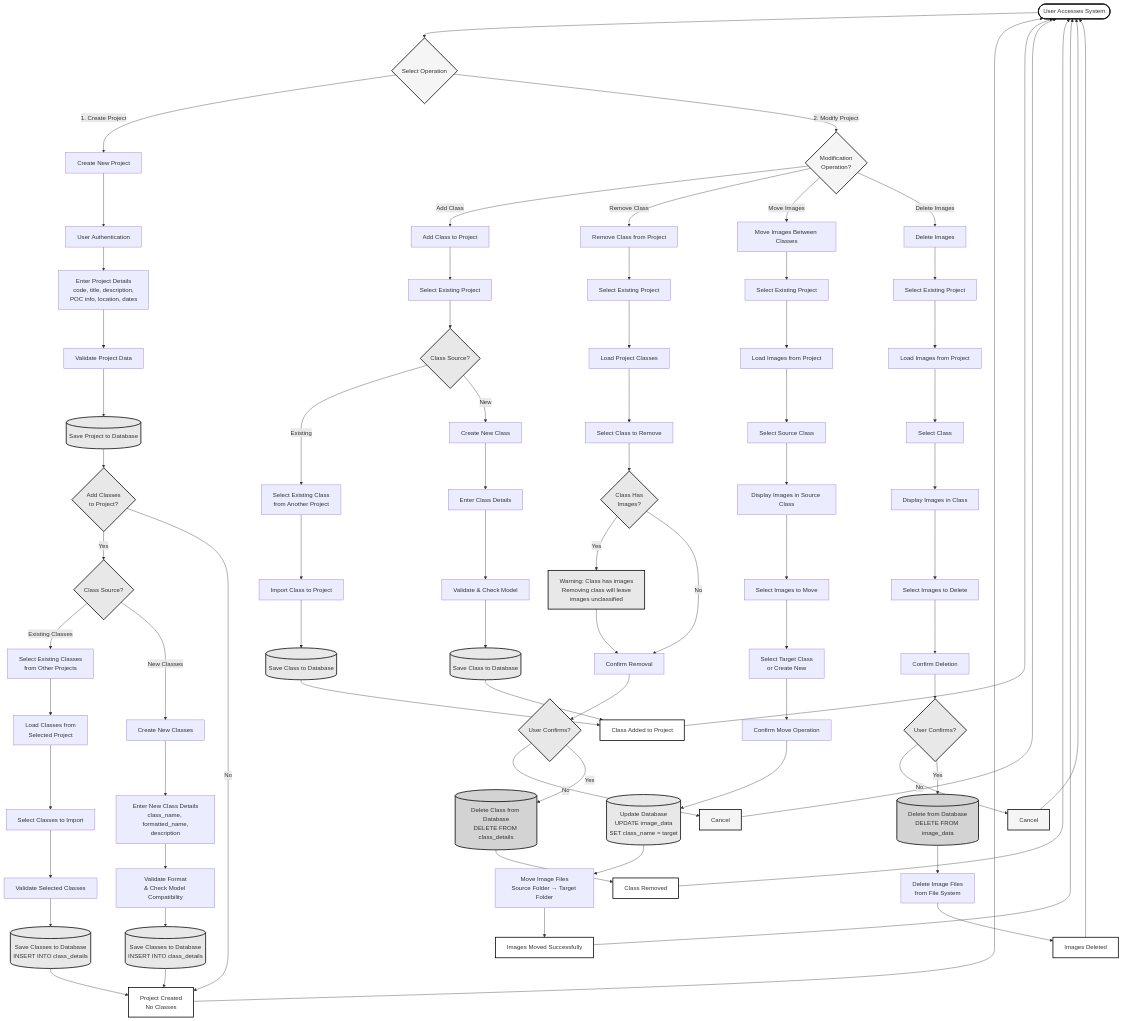
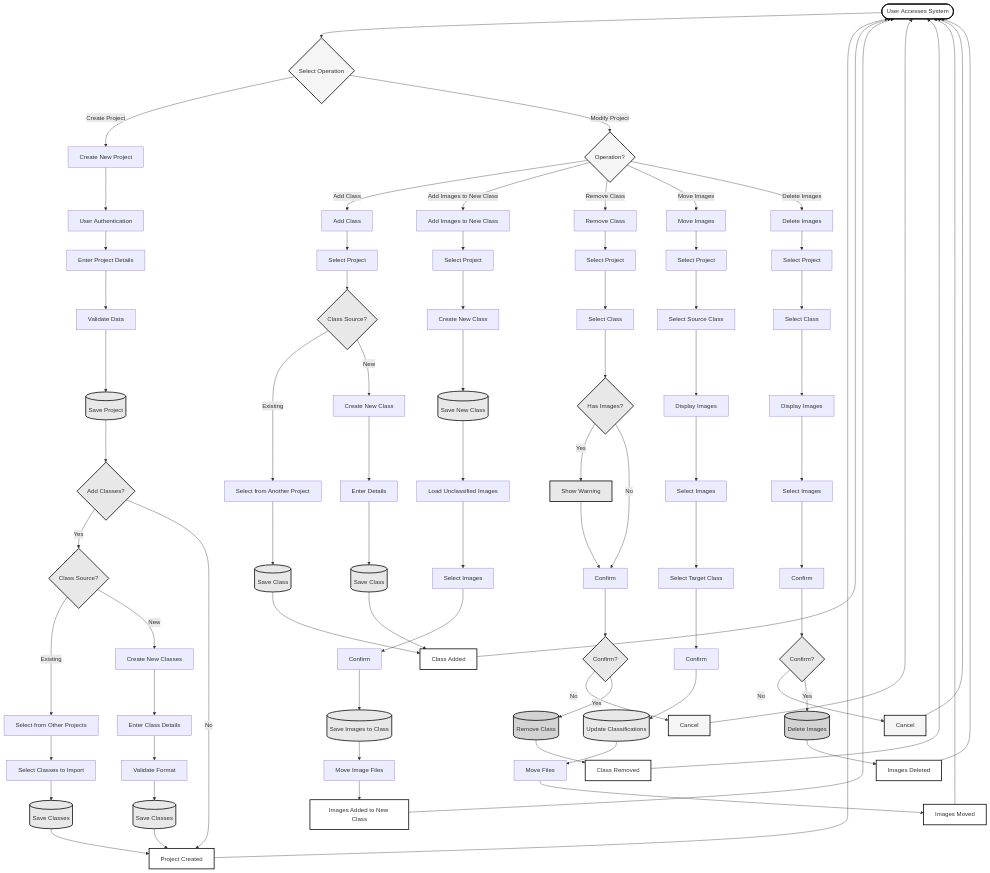
Before and after one commit to sedama29/epredict_app_image_generation: the diagram in flowchart2.md, drawn with Mermaid. The commit also changed other lines of this file, not shown here.

First line of the commit message:
Refactor flowchart for project management operations

```diff
--- a/flowchart2.md
+++ b/flowchart2.md
@@ -11,100 +11,104 @@
     Start([User Accesses System]) --> MainMenu{Select Operation}
     
     %% PROJECT CREATION
-    MainMenu -->|1. Create Project| CreateProject[Create New Project]
+    MainMenu -->|Create Project| CreateProject[Create New Project]
     CreateProject --> Auth1[User Authentication]
-    Auth1 --> Form1[Enter Project Details<br/>code, title, description,<br/>POC info, location, dates]
-    Form1 --> Validate1[Validate Project Data]
-    Validate1 --> SaveProject[(Save Project to Database)]
-    SaveProject --> ClassOption{Add Classes<br/>to Project?}
+    Auth1 --> Form1[Enter Project Details]
+    Form1 --> Validate1[Validate Data]
+    Validate1 --> SaveProject[(Save Project)]
+    SaveProject --> ClassOption{Add Classes?}
     
     ClassOption -->|Yes| ClassSource{Class Source?}
-    ClassOption -->|No| ProjectCreated[Project Created<br/>No Classes]
+    ClassOption -->|No| ProjectCreated[Project Created]
     
-    ClassSource -->|Existing Classes| SelectExisting[Select Existing Classes<br/>from Other Projects]
-    ClassSource -->|New Classes| CreateNew[Create New Classes]
+    ClassSource -->|Existing| SelectExisting[Select from Other Projects]
+    ClassSource -->|New| CreateNew[Create New Classes]
     
-    SelectExisting --> LoadExisting[Load Classes from<br/>Selected Project]
-    LoadExisting --> SelectClasses1[Select Classes to Import]
-    SelectClasses1 --> ValidateExisting[Validate Selected Classes]
-    ValidateExisting --> SaveClasses1[(Save Classes to Database<br/>INSERT INTO class_details)]
+    SelectExisting --> SelectClasses1[Select Classes to Import]
+    SelectClasses1 --> SaveClasses1[(Save Classes)]
     
-    CreateNew --> FormNew[Enter New Class Details<br/>class_name, formatted_name,<br/>description]
-    FormNew --> ValidateNew[Validate Format<br/>& Check Model Compatibility]
-    ValidateNew --> SaveClasses2[(Save Classes to Database<br/>INSERT INTO class_details)]
+    CreateNew --> FormNew[Enter Class Details]
+    FormNew --> ValidateNew[Validate Format]
+    ValidateNew --> SaveClasses2[(Save Classes)]
     
     SaveClasses1 --> ProjectCreated
     SaveClasses2 --> ProjectCreated
     
     %% MODIFY EXISTING PROJECT - ADD CLASS
-    MainMenu -->|2. Modify Project| ModifyMenu{Modification<br/>Operation?}
-    ModifyMenu -->|Add Class| AddClass[Add Class to Project]
-    AddClass --> SelectProject2[Select Existing Project]
+    MainMenu -->|Modify Project| ModifyMenu{Operation?}
+    ModifyMenu -->|Add Class| AddClass[Add Class]
+    AddClass --> SelectProject2[Select Project]
     SelectProject2 --> ClassSource2{Class Source?}
     
-    ClassSource2 -->|Existing| SelectExisting2[Select Existing Class<br/>from Another Project]
+    ClassSource2 -->|Existing| SelectExisting2[Select from Another Project]
     ClassSource2 -->|New| CreateNew2[Create New Class]
     
-    SelectExisting2 --> ImportClass[Import Class to Project]
-    ImportClass --> SaveClass1[(Save Class to Database)]
+    SelectExisting2 --> SaveClass1[(Save Class)]
+    CreateNew2 --> FormNew2[Enter Details]
+    FormNew2 --> SaveClass2[(Save Class)]
     
-    CreateNew2 --> FormNew2[Enter Class Details]
-    FormNew2 --> ValidateNew2[Validate & Check Model]
-    ValidateNew2 --> SaveClass2[(Save Class to Database)]
-    
-    SaveClass1 --> ClassAdded[Class Added to Project]
+    SaveClass1 --> ClassAdded[Class Added]
     SaveClass2 --> ClassAdded
     
+    %% MODIFY EXISTING PROJECT - ADD IMAGES TO NEW CLASS
+    ModifyMenu -->|Add Images to New Class| AddImagesNewClass[Add Images to New Class]
+    AddImagesNewClass --> SelectProject6[Select Project]
+    SelectProject6 --> CreateNewClass6[Create New Class]
+    CreateNewClass6 --> SaveNewClass6[(Save New Class)]
+    SaveNewClass6 --> LoadImages6[Load Unclassified Images]
+    LoadImages6 --> SelectImages6[Select Images]
+    SelectImages6 --> ConfirmAdd6[Confirm]
+    ConfirmAdd6 --> SaveImages6[(Save Images to Class)]
+    SaveImages6 --> MoveFiles6[Move Image Files]
+    MoveFiles6 --> ImagesAdded[Images Added to New Class]
+    
     %% MODIFY EXISTING PROJECT - REMOVE CLASS
-    ModifyMenu -->|Remove Class| RemoveClass[Remove Class from Project]
-    RemoveClass --> SelectProject3[Select Existing Project]
-    SelectProject3 --> LoadClasses3[Load Project Classes]
-    LoadClasses3 --> SelectClass3[Select Class to Remove]
-    SelectClass3 --> CheckImages3{Class Has<br/>Images?}
-    CheckImages3 -->|Yes| Warning3[Warning: Class has images<br/>Removing class will leave<br/>images unclassified]
-    CheckImages3 -->|No| Confirm3[Confirm Removal]
+    ModifyMenu -->|Remove Class| RemoveClass[Remove Class]
+    RemoveClass --> SelectProject3[Select Project]
+    SelectProject3 --> SelectClass3[Select Class]
+    SelectClass3 --> CheckImages3{Has Images?}
+    CheckImages3 -->|Yes| Warning3[Show Warning]
+    CheckImages3 -->|No| Confirm3[Confirm]
     Warning3 --> Confirm3
-    Confirm3 --> UserConfirm3{User Confirms?}
+    Confirm3 --> UserConfirm3{Confirm?}
     UserConfirm3 -->|No| Cancel3[Cancel]
-    UserConfirm3 -->|Yes| DeleteClass3[(Delete Class from Database<br/>DELETE FROM class_details)]
+    UserConfirm3 -->|Yes| DeleteClass3[(Remove Class)]
     DeleteClass3 --> ClassRemoved[Class Removed]
     
     %% MODIFY EXISTING PROJECT - MOVE IMAGES
-    ModifyMenu -->|Move Images| MoveImages[Move Images Between Classes]
-    MoveImages --> SelectProject4[Select Existing Project]
-    SelectProject4 --> LoadImages4[Load Images from Project]
-    LoadImages4 --> SelectSourceClass4[Select Source Class]
-    SelectSourceClass4 --> DisplayImages4[Display Images in Source Class]
-    DisplayImages4 --> SelectImages4[Select Images to Move]
-    SelectImages4 --> SelectTargetClass4[Select Target Class<br/>or Create New]
-    SelectTargetClass4 --> ConfirmMove4[Confirm Move Operation]
-    ConfirmMove4 --> UpdateDB4[(Update Database<br/>UPDATE image_data<br/>SET class_name = target)]
-    UpdateDB4 --> MoveFiles4[Move Image Files<br/>Source Folder → Target Folder]
-    MoveFiles4 --> ImagesMoved[Images Moved Successfully]
+    ModifyMenu -->|Move Images| MoveImages[Move Images]
+    MoveImages --> SelectProject4[Select Project]
+    SelectProject4 --> SelectSourceClass4[Select Source Class]
+    SelectSourceClass4 --> DisplayImages4[Display Images]
+    DisplayImages4 --> SelectImages4[Select Images]
+    SelectImages4 --> SelectTargetClass4[Select Target Class]
+    SelectTargetClass4 --> ConfirmMove4[Confirm]
+    ConfirmMove4 --> UpdateImages4[(Update Classifications)]
+    UpdateImages4 --> MoveFiles4[Move Files]
+    MoveFiles4 --> ImagesMoved[Images Moved]
     
     %% MODIFY EXISTING PROJECT - DELETE IMAGES
     ModifyMenu -->|Delete Images| DeleteImages[Delete Images]
-    DeleteImages --> SelectProject5[Select Existing Project]
-    SelectProject5 --> LoadImages5[Load Images from Project]
-    LoadImages5 --> SelectClass5[Select Class]
-    SelectClass5 --> DisplayImages5[Display Images in Class]
-    DisplayImages5 --> SelectImages5[Select Images to Delete]
-    SelectImages5 --> ConfirmDelete5[Confirm Deletion]
-    ConfirmDelete5 --> UserConfirm5{User Confirms?}
+    DeleteImages --> SelectProject5[Select Project]
+    SelectProject5 --> SelectClass5[Select Class]
+    SelectClass5 --> DisplayImages5[Display Images]
+    DisplayImages5 --> SelectImages5[Select Images]
+    SelectImages5 --> ConfirmDelete5[Confirm]
+    ConfirmDelete5 --> UserConfirm5{Confirm?}
     UserConfirm5 -->|No| Cancel5[Cancel]
-    UserConfirm5 -->|Yes| DeleteDB5[(Delete from Database<br/>DELETE FROM image_data)]
-    DeleteDB5 --> DeleteFiles5[Delete Image Files<br/>from File System]
-    DeleteFiles5 --> ImagesDeleted[Images Deleted]
+    UserConfirm5 -->|Yes| DeleteImages5[(Delete Images)]
+    DeleteImages5 --> ImagesDeleted[Images Deleted]
     
     ProjectCreated --> Start
     ClassAdded --> Start
+    ImagesAdded --> Start
     ClassRemoved --> Start
     ImagesMoved --> Start
     ImagesDeleted --> Start
     Cancel3 --> Start
     Cancel5 --> Start
     
-    %% Styling - Black and White
+    %% Styling - Simple Black and White
     style Start fill:#ffffff,stroke:#000000,stroke-width:2px
     style MainMenu fill:#f5f5f5,stroke:#000000,stroke-width:2px
     style ModifyMenu fill:#f5f5f5,stroke:#000000,stroke-width:2px
@@ -117,6 +121,7 @@
     
     style ProjectCreated fill:#ffffff,stroke:#000000,stroke-width:2px
     style ClassAdded fill:#ffffff,stroke:#000000,stroke-width:2px
+    style ImagesAdded fill:#ffffff,stroke:#000000,stroke-width:2px
     style ClassRemoved fill:#ffffff,stroke:#000000,stroke-width:2px
     style ImagesMoved fill:#ffffff,stroke:#000000,stroke-width:2px
     style ImagesDeleted fill:#ffffff,stroke:#000000,stroke-width:2px
@@ -126,9 +131,11 @@
     style SaveClasses2 fill:#e8e8e8,stroke:#000000,stroke-width:2px
     style SaveClass1 fill:#e8e8e8,stroke:#000000,stroke-width:2px
     style SaveClass2 fill:#e8e8e8,stroke:#000000,stroke-width:2px
+    style SaveNewClass6 fill:#e8e8e8,stroke:#000000,stroke-width:2px
+    style SaveImages6 fill:#e8e8e8,stroke:#000000,stroke-width:2px
     style DeleteClass3 fill:#d3d3d3,stroke:#000000,stroke-width:2px
-    style UpdateDB4 fill:#e8e8e8,stroke:#000000,stroke-width:2px
-    style DeleteDB5 fill:#d3d3d3,stroke:#000000,stroke-width:2px
+    style UpdateImages4 fill:#e8e8e8,stroke:#000000,stroke-width:2px
+    style DeleteImages5 fill:#d3d3d3,stroke:#000000,stroke-width:2px
     
     style Warning3 fill:#e8e8e8,stroke:#000000,stroke-width:2px
     style Cancel3 fill:#f5f5f5,stroke:#000000,stroke-width:2px
```
